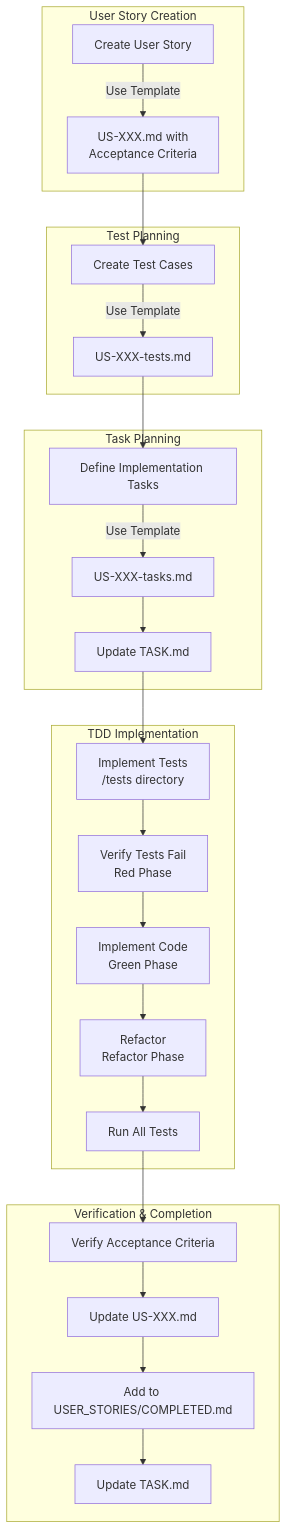
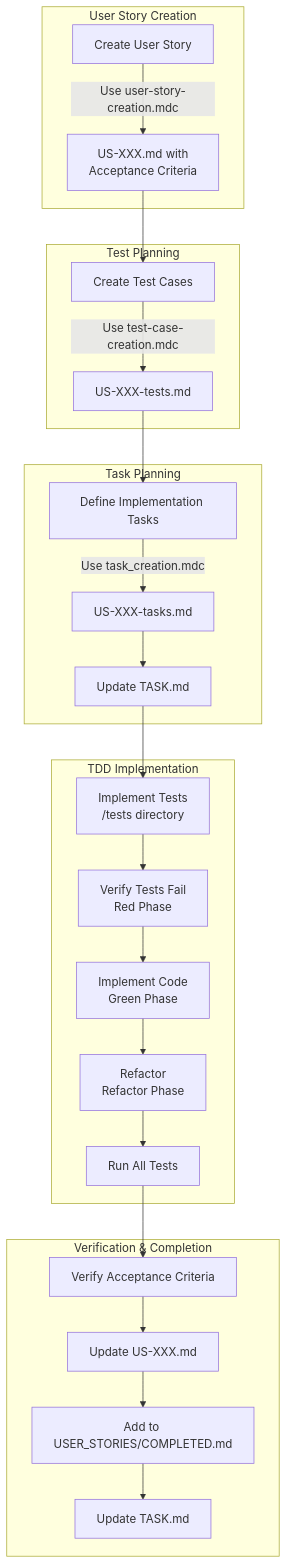
Before and after one commit to jejanov/codingAssitantFramework: the diagram in WORKFLOW.md, drawn with Mermaid. The commit also changed other lines of this file and 3 other files, not shown here.

````diff
--- a/WORKFLOW.md
+++ b/WORKFLOW.md
@@ -74,32 +72,32 @@
 ```mermaid
 graph TD
     subgraph "User Story Creation"
-        A[Create User Story] --> |Use Template| B[US-XXX.md with\nAcceptance Criteria]
+        A[Create User Story] --> |Use user-story-creation.mdc| B[US-XXX.md with\nAcceptance Criteria]
     end
 
     subgraph "Test Planning"
         B --> C[Create Test Cases]
-        C --> |Use Template| D[US-XXX-tests.md]
+        C --> |Use test-case-creation.mdc| D[US-XXX-tests.md]
     end
 
     subgraph "Task Planning"
         D --> E[Define Implementation Tasks]
-        E --> |Use Template| F[US-XXX-tasks.md]
+        E --> |Use task_creation.mdc| F[US-XXX-tasks.md]
         F --> G[Update TASK.md]
     end
 
     subgraph "TDD Implementation"
         G --> H[Implement Tests\n/tests directory]
         H --> I[Verify Tests Fail\nRed Phase]
         I --> J[Implement Code\nGreen Phase]
         J --> K[Refactor\nRefactor Phase]
         K --> L[Run All Tests]
     end
 
     subgraph "Verification & Completion"
         L --> M[Verify Acceptance Criteria]
         M --> N[Update US-XXX.md]
         N --> O[Add to USER_STORIES/COMPLETED.md]
         O --> P[Update TASK.md]
     end
 ```
````
